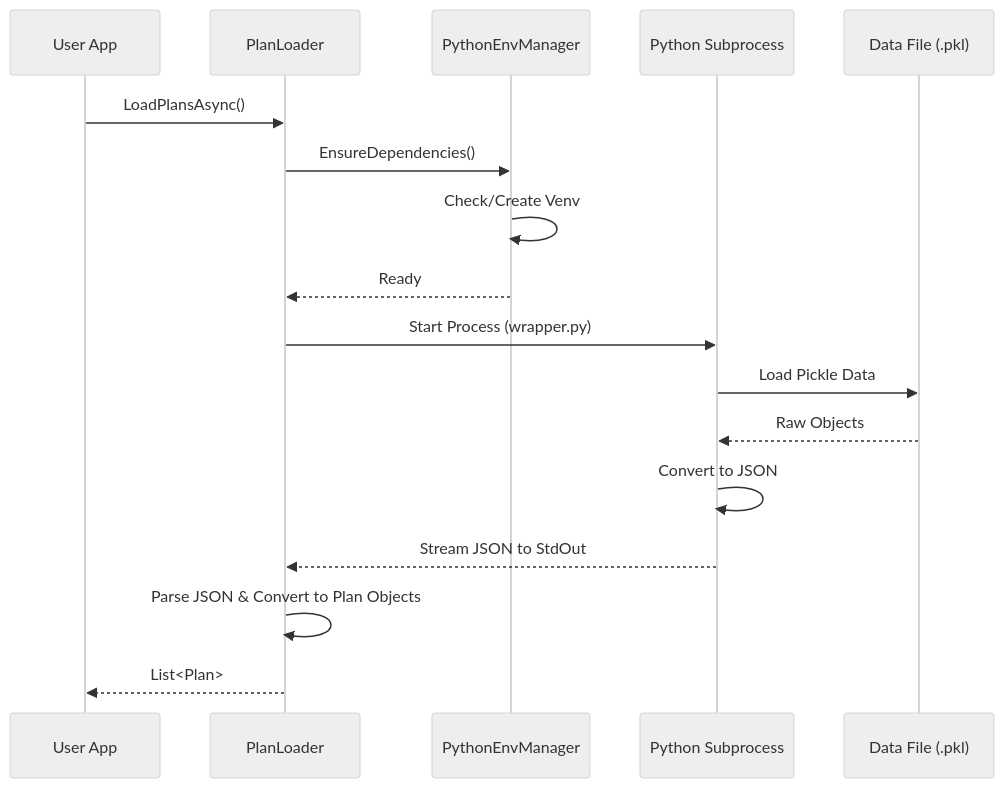
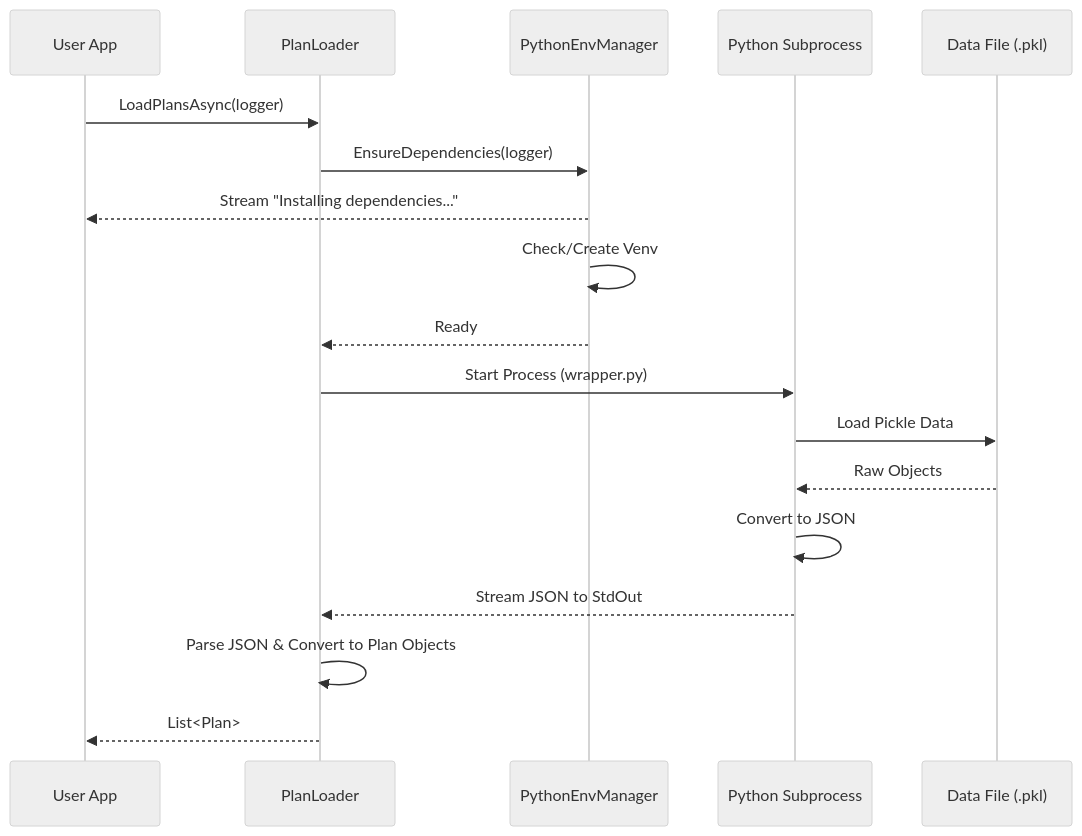
One commit to Xyrces/resPlan.NET changed the second of 3 diagrams in DOCUMENTATION.md. Above: the diagram before and after it, drawn with Mermaid (neutral theme). The commit also changed other lines of this file and 1 other file, not shown here.

Commit message:
Add progress streaming for dependencies and data download
- Modify `PythonEnvManager` to accept an `Action<string>` logger and stream `pip install` output.
- Modify `DataManager` to accept a logger and stream download progress in MB increments.
- Update `PlanLoader.LoadPlansAsync` to propagate the logger and default to `Console.WriteLine` if null.
- Ensure Windows compatibility by adding `CreateNoWindow = true` to ProcessStartInfo.
- Fix potential deadlock in process output reading by using asynchronous event handlers.
- Update README.md and DOCUMENTATION.md with usage examples.

````diff
--- a/DOCUMENTATION.md
+++ b/DOCUMENTATION.md
@@ -52,20 +52,21 @@
 ```mermaid
 sequenceDiagram
     participant App as User App
     participant PL as PlanLoader
     participant PEM as PythonEnvManager
     participant Py as Python Subprocess
     participant Data as Data File (.pkl)
 
-    App->>PL: LoadPlansAsync()
-    PL->>PEM: EnsureDependencies()
+    App->>PL: LoadPlansAsync(logger)
+    PL->>PEM: EnsureDependencies(logger)
+    PEM-->>App: Stream "Installing dependencies..."
     PEM->>PEM: Check/Create Venv
     PEM-->>PL: Ready
     PL->>Py: Start Process (wrapper.py)
     Py->>Data: Load Pickle Data
     Data-->>Py: Raw Objects
     Py->>Py: Convert to JSON
     Py-->>PL: Stream JSON to StdOut
     PL->>PL: Parse JSON & Convert to Plan Objects
     PL-->>App: List<Plan>
 ```
````
